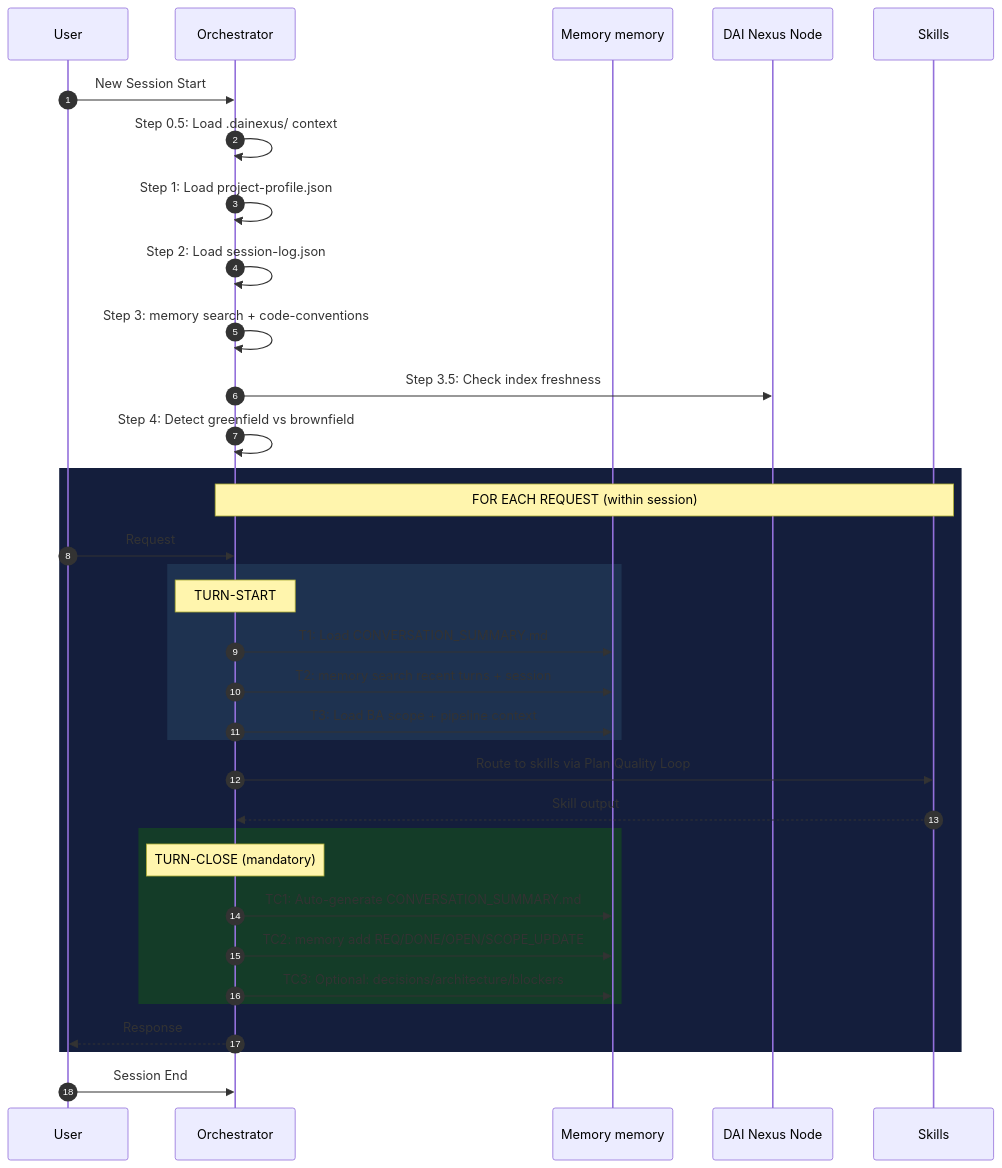
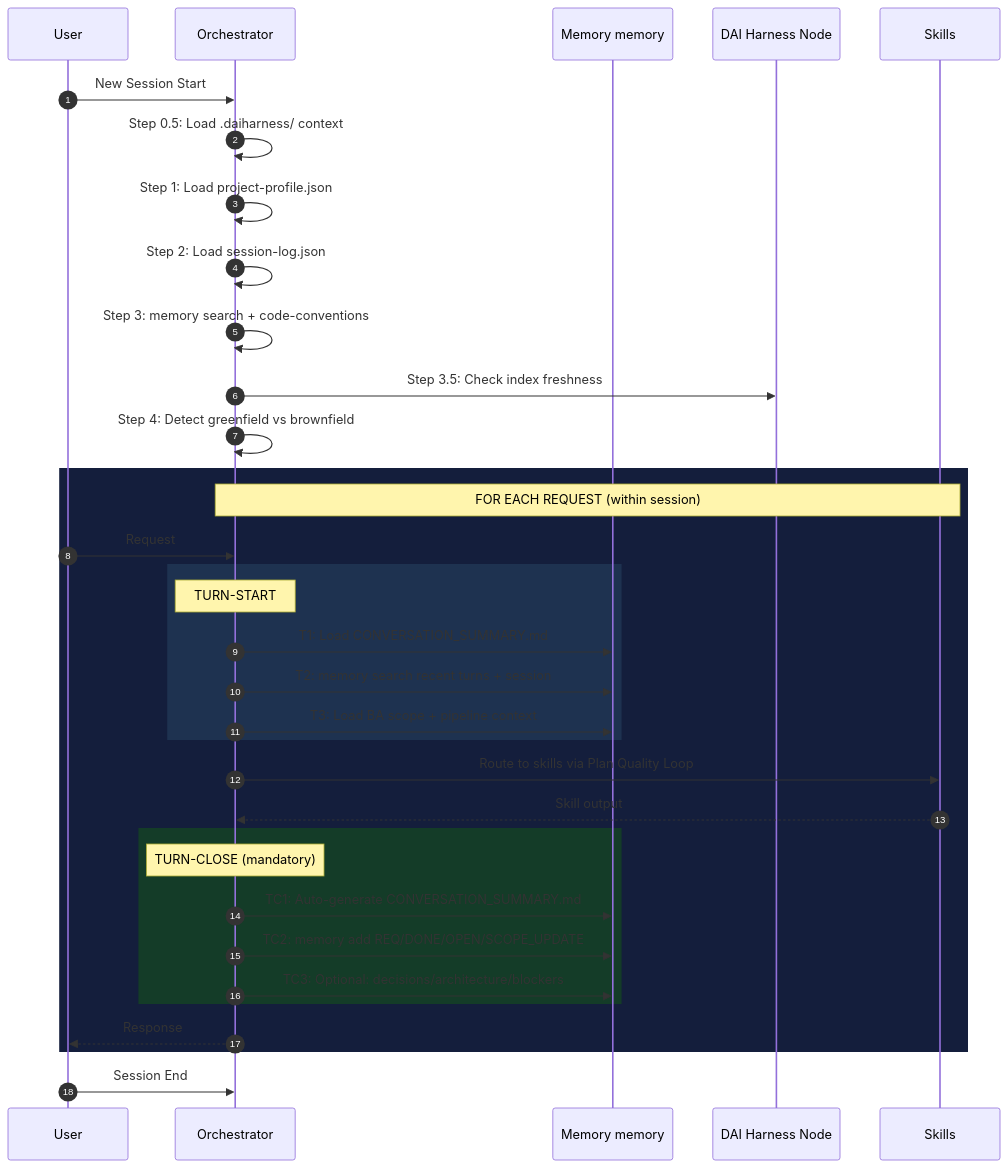
The sixth of 15 diagrams in README.vi.md (Exia-thd/DAI-harness), drawn with Mermaid before and after one commit. The commit also changed other lines of this file and 973 other files, not shown here.

````diff
--- a/README.vi.md
+++ b/README.vi.md
@@ -399,45 +399,45 @@
 ```mermaid
 sequenceDiagram
     autonumber
     participant User
     participant Orch as Orchestrator
     participant Mem as Memory memory
-    participant DAI as DAI Nexus Node
+    participant DAI as DAI Harness Node
     participant Skill as Skills
 
     User->>Orch: New Session Start
 
-    Orch->>Orch: Step 0.5: Load .dainexus/ context
+    Orch->>Orch: Step 0.5: Load .daiharness/ context
     Orch->>Orch: Step 1: Load project-profile.json
     Orch->>Orch: Step 2: Load session-log.json
     Orch->>Orch: Step 3: memory search + code-conventions
     Orch->>DAI: Step 3.5: Check index freshness
     Orch->>Orch: Step 4: Detect greenfield vs brownfield
 
     rect rgb(20, 30, 60)
         Note over Orch,Skill: FOR EACH REQUEST (within session)
 
         User->>Orch: Request
 
         rect rgb(30, 50, 80)
             Note over Orch: TURN-START
             Orch->>Mem: T1: Load CONVERSATION_SUMMARY.md
             Orch->>Mem: T2: memory search recent turns + session
             Orch->>Mem: T3: Load BA scope + pipeline context
         end
 
         Orch->>Skill: Route to skills via Plan Quality Loop
         Skill-->>Orch: Skill output
 
         rect rgb(20, 60, 40)
             Note over Orch: TURN-CLOSE (mandatory)
             Orch->>Mem: TC1: Auto-generate CONVERSATION_SUMMARY.md
             Orch->>Mem: TC2: memory add REQ/DONE/OPEN/SCOPE_UPDATE
             Orch->>Mem: TC3: Optional: decisions/architecture/blockers
         end
 
         Orch-->>User: Response
     end
 
     User->>Orch: Session End
 ```
````
